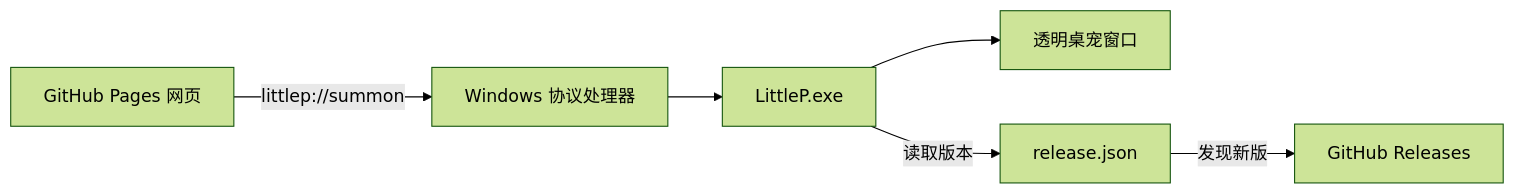
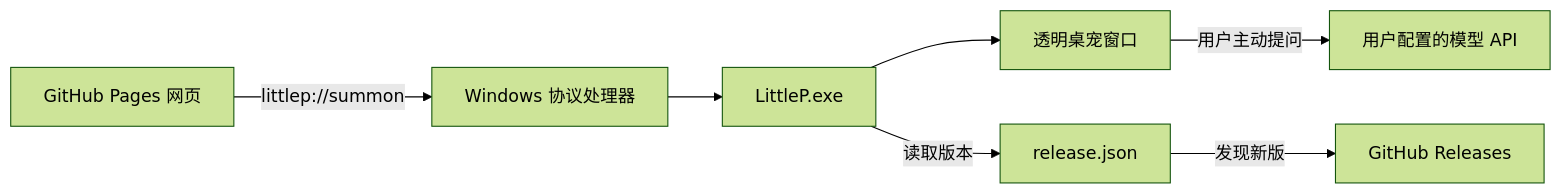
One commit to HaonanYu123/little-p changed the diagram in README.md. Above: the diagram before and after it, drawn with Mermaid (forest theme). The commit also changed other lines of this file and 19 other files, not shown here.

````diff
--- a/README.md
+++ b/README.md
@@ -46,8 +55,9 @@
 ```mermaid
 flowchart LR
     A[GitHub Pages 网页] -->|littlep://summon| B[Windows 协议处理器]
     B --> C[LittleP.exe]
     C --> D[透明桌宠窗口]
+    D -->|用户主动提问| G[用户配置的模型 API]
     C -->|读取版本| E[release.json]
     E -->|发现新版| F[GitHub Releases]
 ```
````
